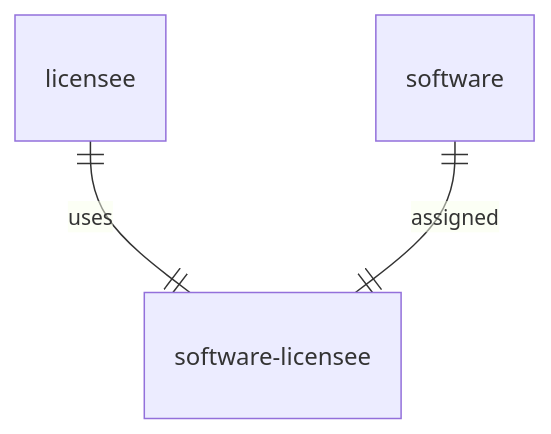
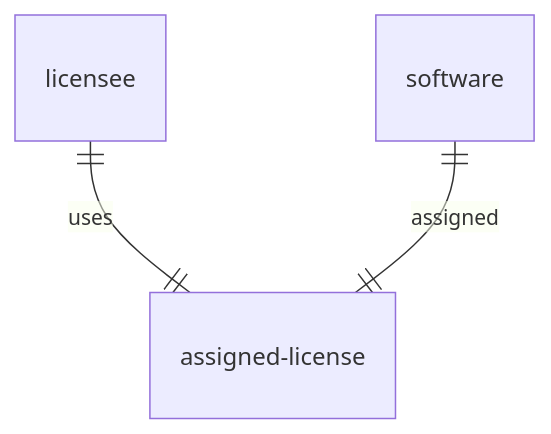
One commit to bcgov/citz-imb-slam-api changed the diagram in technical.md. Above: the diagram before and after it, drawn with Mermaid.

````diff
--- a/technical.md
+++ b/technical.md
@@ -5,6 +5,6 @@
 ```mermaid
 erDiagram
-    licensee ||--|| software-licensee: uses
-    software ||--|| software-licensee: assigned
-    software-licensee
+    licensee ||--|| assigned-license: uses
+    software ||--|| assigned-license: assigned
+    
 ```
````
